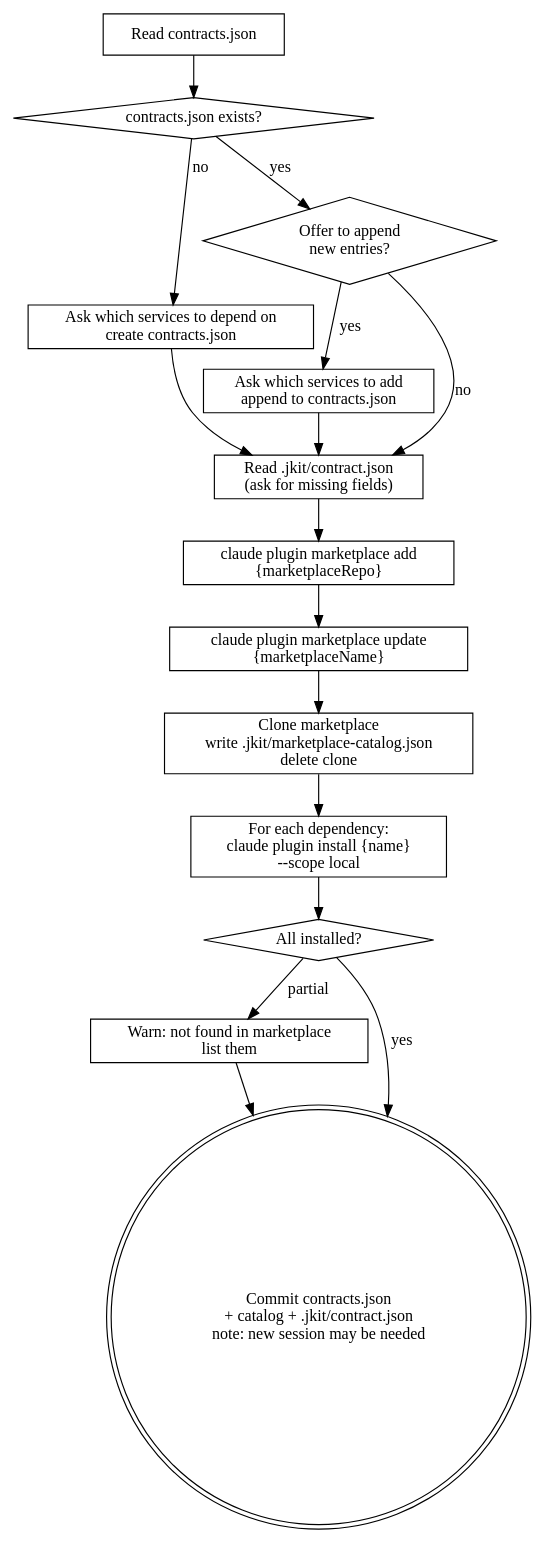
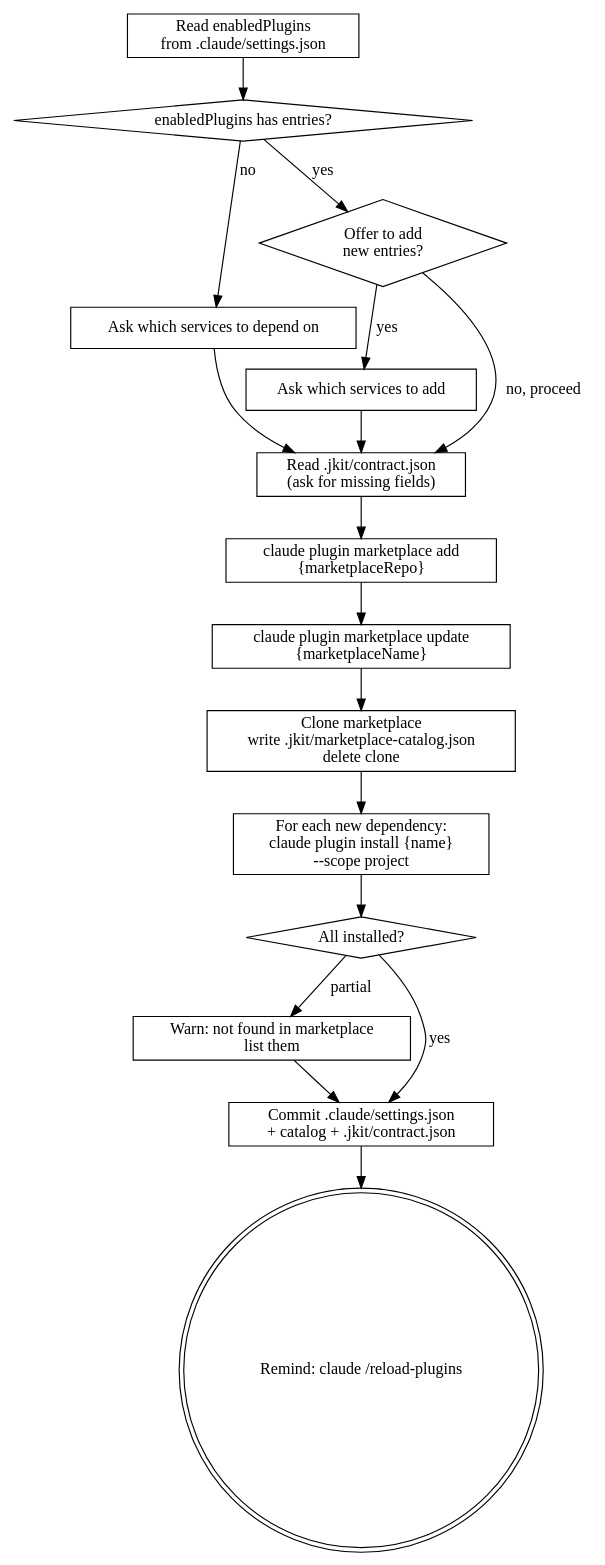
Before and after one commit to honghaowuu/jkit: the diagram in skills/install-contracts/SKILL.md, drawn with Graphviz. The commit also changed other lines of this file, not shown here.

Commit message:
feat(install-contracts): drop contracts.json — use settings.json enabledPlugins as source of truth

````diff
--- a/skills/install-contracts/SKILL.md
+++ b/skills/install-contracts/SKILL.md
@@ -22,33 +22,35 @@
 ```dot
 digraph install_contracts {
-    "Read contracts.json" [shape=box];
-    "contracts.json exists?" [shape=diamond];
-    "Ask which services to depend on\ncreate contracts.json" [shape=box];
-    "Offer to append\nnew entries?" [shape=diamond];
-    "Ask which services to add\nappend to contracts.json" [shape=box];
+    "Read enabledPlugins\nfrom .claude/settings.json" [shape=box];
+    "enabledPlugins has entries?" [shape=diamond];
+    "Ask which services to depend on" [shape=box];
+    "Offer to add\nnew entries?" [shape=diamond];
+    "Ask which services to add" [shape=box];
     "Read .jkit/contract.json\n(ask for missing fields)" [shape=box];
     "claude plugin marketplace add\n{marketplaceRepo}" [shape=box];
     "claude plugin marketplace update\n{marketplaceName}" [shape=box];
     "Clone marketplace\nwrite .jkit/marketplace-catalog.json\ndelete clone" [shape=box];
-    "For each dependency:\nclaude plugin install {name}\n--scope local" [shape=box];
+    "For each new dependency:\nclaude plugin install {name}\n--scope project" [shape=box];
     "All installed?" [shape=diamond];
     "Warn: not found in marketplace\nlist them" [shape=box];
-    "Commit contracts.json\n+ catalog + .jkit/contract.json\nnote: new session may be needed" [shape=doublecircle];
+    "Commit .claude/settings.json\n+ catalog + .jkit/contract.json" [shape=box];
+    "Remind: claude /reload-plugins" [shape=doublecircle];
 
-    "Read contracts.json" -> "contracts.json exists?";
-    "contracts.json exists?" -> "Ask which services to depend on\ncreate contracts.json" [label="no"];
-    "contracts.json exists?" -> "Offer to append\nnew entries?" [label="yes"];
-    "Offer to append\nnew entries?" -> "Ask which services to add\nappend to contracts.json" [label="yes"];
-    "Offer to append\nnew entries?" -> "Read .jkit/contract.json\n(ask for missing fields)" [label="no"];
-    "Ask which services to add\nappend to contracts.json" -> "Read .jkit/contract.json\n(ask for missing fields)";
-    "Ask which services to depend on\ncreate contracts.json" -> "Read .jkit/contract.json\n(ask for missing fields)";
+    "Read enabledPlugins\nfrom .claude/settings.json" -> "enabledPlugins has entries?";
+    "enabledPlugins has entries?" -> "Ask which services to depend on" [label="no"];
+    "enabledPlugins has entries?" -> "Offer to add\nnew entries?" [label="yes"];
+    "Offer to add\nnew entries?" -> "Ask which services to add" [label="yes"];
+    "Offer to add\nnew entries?" -> "Read .jkit/contract.json\n(ask for missing fields)" [label="no, proceed"];
+    "Ask which services to add" -> "Read .jkit/contract.json\n(ask for missing fields)";
+    "Ask which services to depend on" -> "Read .jkit/contract.json\n(ask for missing fields)";
     "Read .jkit/contract.json\n(ask for missing fields)" -> "claude plugin marketplace add\n{marketplaceRepo}";
     "claude plugin marketplace add\n{marketplaceRepo}" -> "claude plugin marketplace update\n{marketplaceName}";
     "claude plugin marketplace update\n{marketplaceName}" -> "Clone marketplace\nwrite .jkit/marketplace-catalog.json\ndelete clone";
-    "Clone marketplace\nwrite .jkit/marketplace-catalog.json\ndelete clone" -> "For each dependency:\nclaude plugin install {name}\n--scope local";
-    "For each dependency:\nclaude plugin install {name}\n--scope local" -> "All installed?";
+    "Clone marketplace\nwrite .jkit/marketplace-catalog.json\ndelete clone" -> "For each new dependency:\nclaude plugin install {name}\n--scope project";
+    "For each new dependency:\nclaude plugin install {name}\n--scope project" -> "All installed?";
     "All installed?" -> "Warn: not found in marketplace\nlist them" [label="partial"];
-    "All installed?" -> "Commit contracts.json\n+ catalog + .jkit/contract.json\nnote: new session may be needed" [label="yes"];
-    "Warn: not found in marketplace\nlist them" -> "Commit contracts.json\n+ catalog + .jkit/contract.json\nnote: new session may be needed";
+    "All installed?" -> "Commit .claude/settings.json\n+ catalog + .jkit/contract.json" [label="yes"];
+    "Warn: not found in marketplace\nlist them" -> "Commit .claude/settings.json\n+ catalog + .jkit/contract.json";
+    "Commit .claude/settings.json\n+ catalog + .jkit/contract.json" -> "Remind: claude /reload-plugins";
 }
 ```
````
